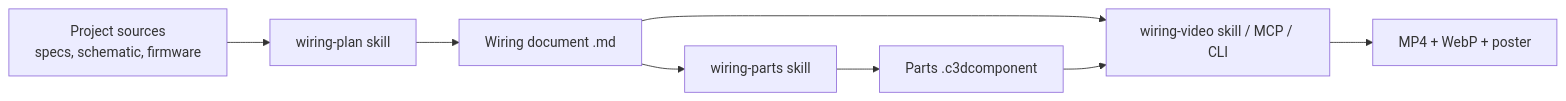
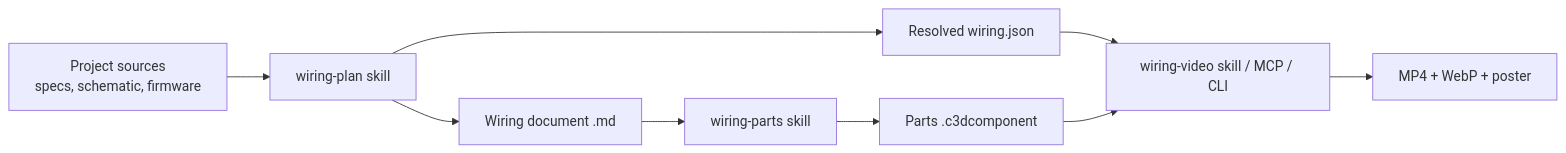
The diagram in README.md (docteurzoidberg/circuit-studio-agent-kit), drawn with Mermaid before and after one commit. The commit also changed other lines of this file and 4 other files, not shown here.

First line of the commit message:
Resolve the wiring document into a committed wiring.json

````diff
--- a/README.md
+++ b/README.md
@@ -32,10 +33,11 @@
 ```mermaid
 flowchart LR
   SRC[Project sources<br/>specs, schematic, firmware] --> A[wiring-plan skill]
   A --> DOC[Wiring document .md]
+  A --> JSON[Resolved wiring.json]
   DOC --> B[wiring-parts skill]
   B --> PARTS[Parts .c3dcomponent]
-  DOC --> C[wiring-video skill / MCP / CLI]
+  JSON --> C[wiring-video skill / MCP / CLI]
   PARTS --> C
   C --> OUT[MP4 + WebP + poster]
 ```
````
